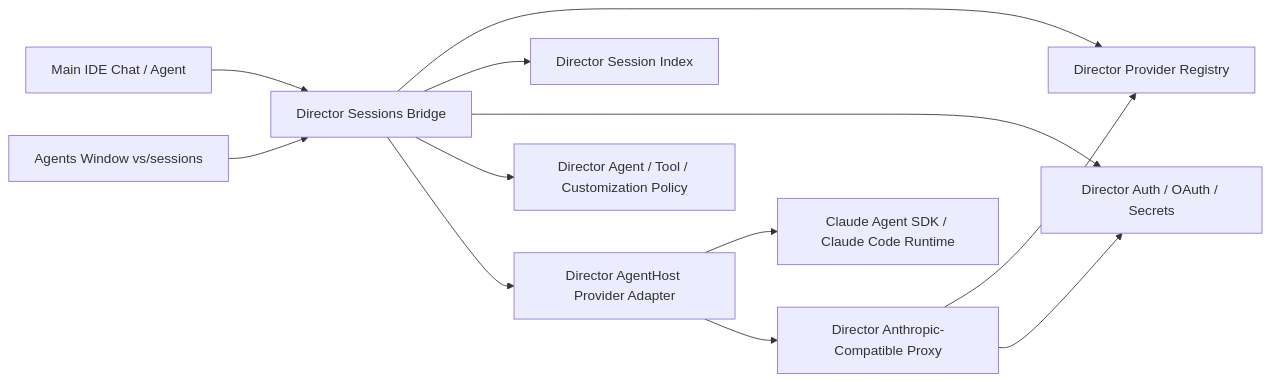
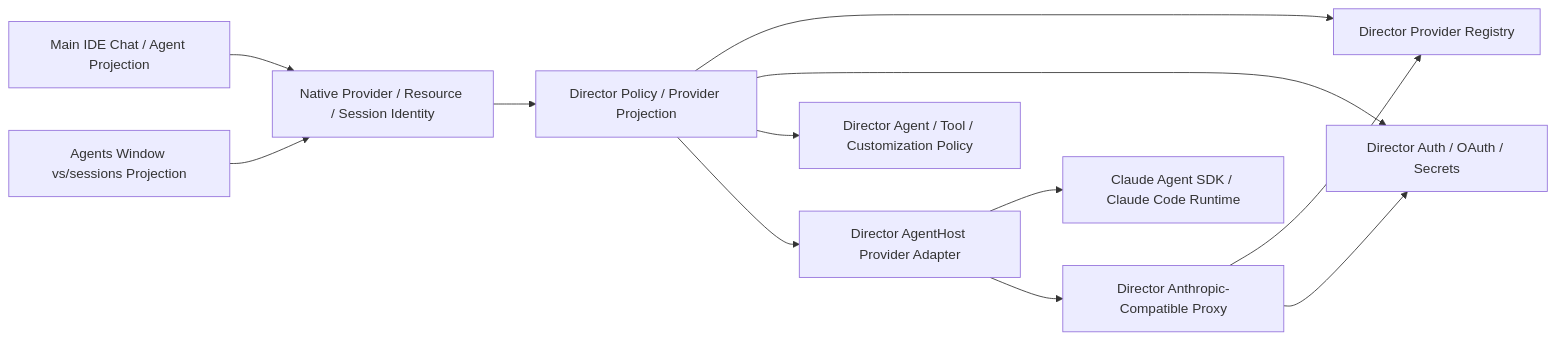
Before and after one commit to daxijiu/Director-Code: the diagram in docs/upgrade/reports/120-insider-win32-x64-client/agents-window-wave3-execution-plan.md, drawn with Mermaid. The commit also changed other lines of this file and 8 other files, not shown here.

Commit message:
fix: use native agents session catalog

````diff
--- a/docs/upgrade/reports/120-insider-win32-x64-client/agents-window-wave3-execution-plan.md
+++ b/docs/upgrade/reports/120-insider-win32-x64-client/agents-window-wave3-execution-plan.md
@@ -64,14 +71,14 @@
 ```mermaid
 flowchart LR
-    IDE["Main IDE Chat / Agent"] --> Bridge["Director Sessions Bridge"]
-    Agents["Agents Window vs/sessions"] --> Bridge
+    IDE["Main IDE Chat / Agent Projection"] --> Native["Native Provider / Resource / Session Identity"]
+    Agents["Agents Window vs/sessions Projection"] --> Native
+    Native --> Bridge["Director Policy / Provider Projection"]
     Bridge --> Registry["Director Provider Registry"]
-    Bridge --> SessionIndex["Director Session Index"]
     Bridge --> Auth["Director Auth / OAuth / Secrets"]
     Bridge --> Policy["Director Agent / Tool / Customization Policy"]
     Bridge --> AgentHost["Director AgentHost Provider Adapter"]
     AgentHost --> Claude["Claude Agent SDK / Claude Code Runtime"]
     AgentHost --> Proxy["Director Anthropic-Compatible Proxy"]
     Proxy --> Registry
     Proxy --> Auth
 ```
````
